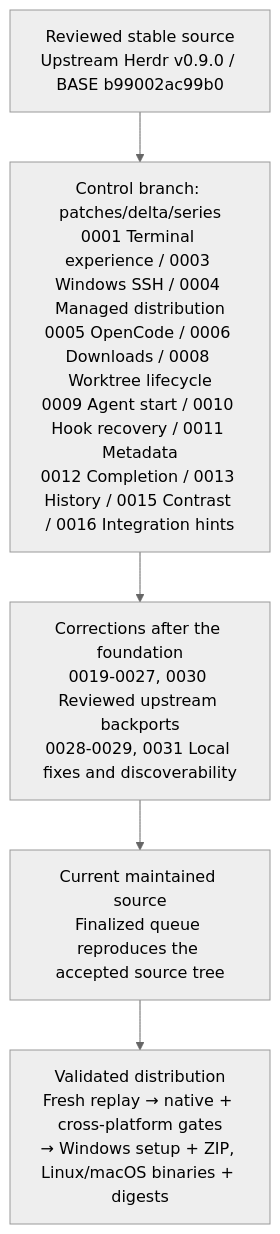
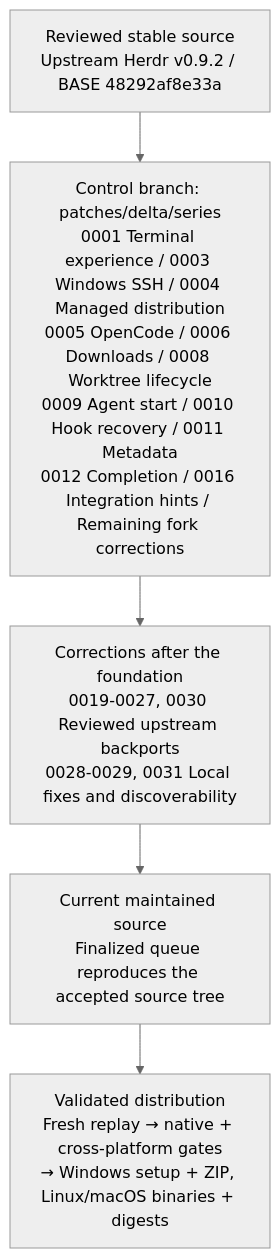
One commit to hdosys/herdr-ext changed the diagram in README.md. Above: the diagram before and after it, drawn with Mermaid (neutral theme). The commit also changed other lines of this file and 35 other files, not shown here.

First line of the commit message:
chore(delta): replay maintained owners on Herdr 0.9.2

````diff
--- a/README.md
+++ b/README.md
@@ -34,9 +34,9 @@
 ```mermaid
 flowchart TB
-    S["Reviewed stable source<br/>Upstream Herdr v0.9.0 / BASE b99002ac99b0"]
-    Q["Control branch: patches/delta/series<br/>0001 Terminal experience / 0003 Windows SSH / 0004 Managed distribution<br/>0005 OpenCode / 0006 Downloads / 0008 Worktree lifecycle<br/>0009 Agent start / 0010 Hook recovery / 0011 Metadata<br/>0012 Completion / 0013 History / 0015 Contrast / 0016 Integration hints"]
+    S["Reviewed stable source<br/>Upstream Herdr v0.9.2 / BASE 48292af8e33a"]
+    Q["Control branch: patches/delta/series<br/>0001 Terminal experience / 0003 Windows SSH / 0004 Managed distribution<br/>0005 OpenCode / 0006 Downloads / 0008 Worktree lifecycle<br/>0009 Agent start / 0010 Hook recovery / 0011 Metadata<br/>0012 Completion / 0016 Integration hints / Remaining fork corrections"]
     B["Corrections after the foundation<br/>0019-0027, 0030 Reviewed upstream backports<br/>0028-0029, 0031 Local fixes and discoverability"]
     D["Current maintained source<br/>Finalized queue reproduces the accepted source tree"]
     V["Validated distribution<br/>Fresh replay → native + cross-platform gates<br/>→ Windows setup + ZIP, Linux/macOS binaries + digests"]
     S --> Q --> B --> D --> V
 ```
````
